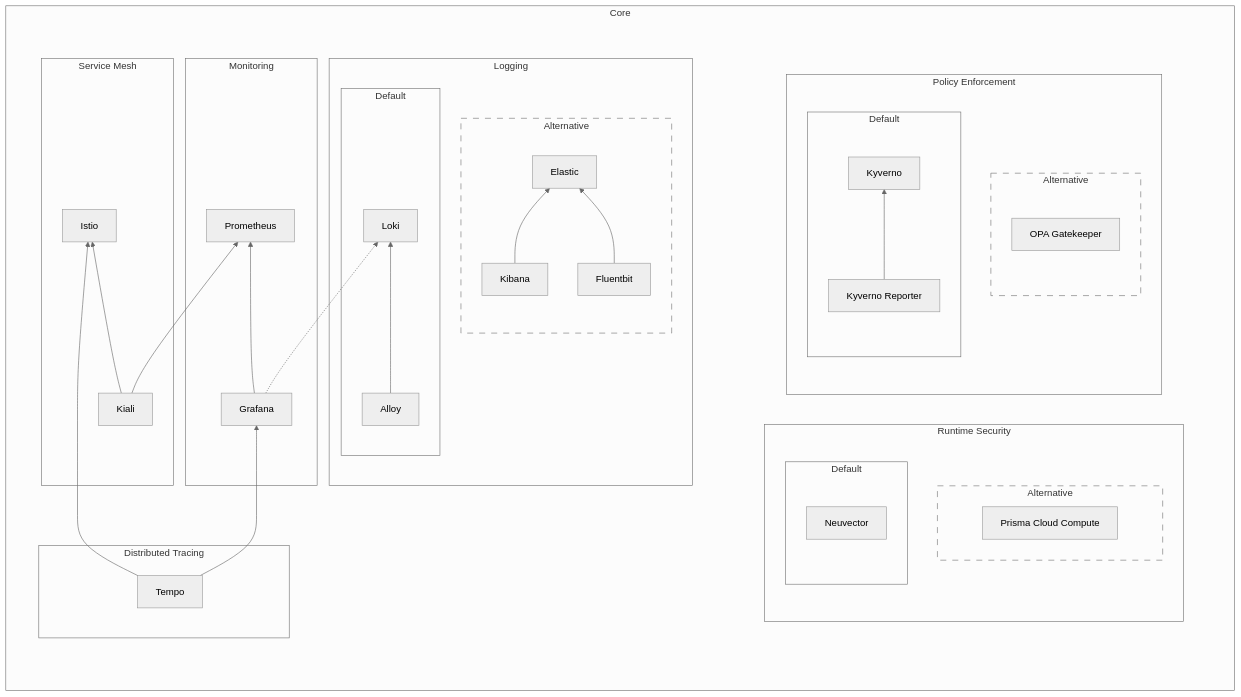
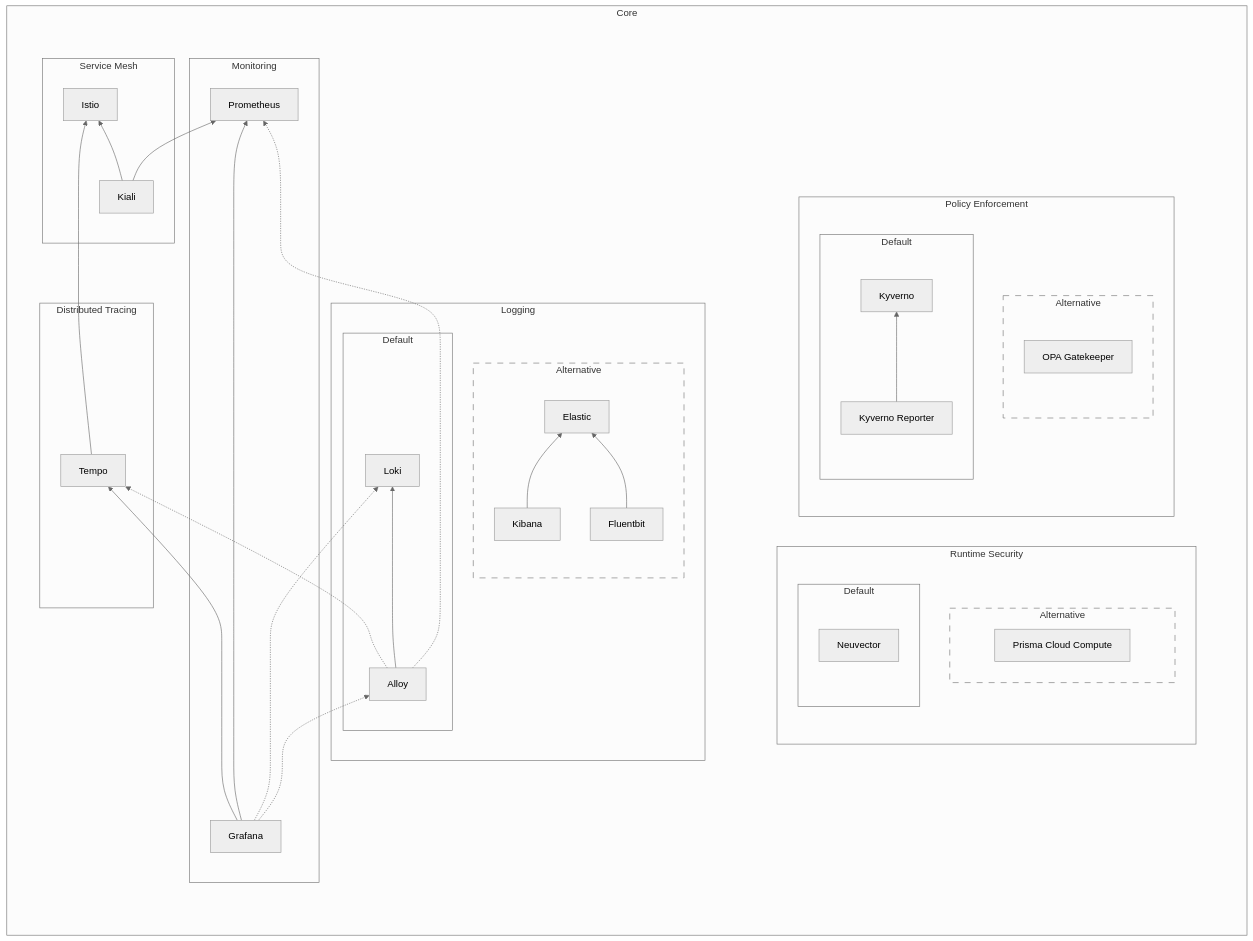
The first of 2 diagrams in docs/understanding-bigbang/package-architecture/README.md (shebashio/bigbang), drawn with Mermaid (neutral theme) before and after one commit.

Commit message:
reorganize ALG dependencies

```diff
--- a/docs/understanding-bigbang/package-architecture/README.md
+++ b/docs/understanding-bigbang/package-architecture/README.md
@@ -49,30 +49,55 @@
       style Group1 fill:transparent,stroke:transparent,color:transparent
       direction BT
 
+      subgraph M[Monitoring]
+        Grafana[Grafana]
+        Prometheus[Prometheus]
+      end
+
       subgraph L[Logging]
         subgraph ALG[Default]
-          Alloy[Alloy] --> Loki[Loki]
+          Alloy[Alloy]
+          Loki[Loki]
         end
         subgraph EFK[Alternative]
           style EFK stroke-dasharray: 10 10
           direction BT
-          Kibana & Fluentbit --> Elastic
+          Kibana[Kibana]
+          Fluentbit[Fluentbit]
+          Elastic[Elastic]
         end
       end
 
-      subgraph M[Monitoring]
-        Grafana --> Prometheus
-        Grafana -.-> Loki
-      end
-
       subgraph DT[Distributed Tracing]
-        Tempo[Tempo] --> Grafana
+        Tempo[Tempo]
       end
 
       subgraph SM[Service Mesh]
-        Tempo --> Istio
-        Kiali --> Istio & Prometheus
+        Kiali[Kiali]
+        Istio[Istio]
       end
+
+      %% Forces DT subgraph under SM subgraph
+      DT ~~~ SM
+
+      %% SM Dependencies
+      Kiali --> Istio
+      Kiali --> Prometheus
+      Tempo --> Istio
+
+      %% ALG Dependencies
+      Alloy -.-> Prometheus
+      Alloy --> Loki
+      Alloy -.-> Tempo
+
+      Grafana --> Prometheus
+      Grafana -.-> Loki
+      Grafana --> Tempo
+      Grafana -.-> Alloy
+
+      %% EFK Dependencies
+      Kibana --> Elastic
+      Fluentbit --> Elastic
 
     end
   end
```
